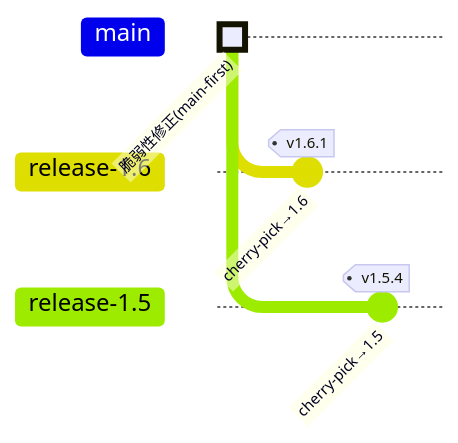
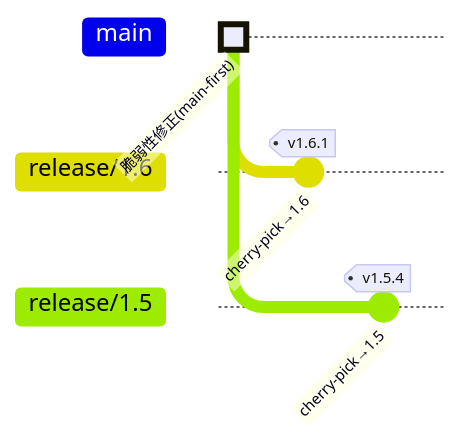
Before and after one commit to ykgw-daiki-nakamura/nakamura-git-tutorial: the fifth of 5 diagrams in docs/guide/dual-distribution.md, drawn with Mermaid. The commit also changed other lines of this file, not shown here.

Commit message:
docs(guide): Conventional Commits の表現を推奨に統一し release ブランチ名を release/x.y に統一

````diff
--- a/docs/guide/dual-distribution.md
+++ b/docs/guide/dual-distribution.md
@@ -148,11 +148,11 @@
 ```mermaid
 gitGraph
     commit id: "脆弱性修正(main-first)" type: HIGHLIGHT
-    branch "release-1.6"
-    checkout "release-1.6"
+    branch "release/1.6"
+    checkout "release/1.6"
     commit id: "cherry-pick→1.6" tag: "v1.6.1"
     checkout main
-    branch "release-1.5"
-    checkout "release-1.5"
+    branch "release/1.5"
+    checkout "release/1.5"
     commit id: "cherry-pick→1.5" tag: "v1.5.4"
 ```
````
